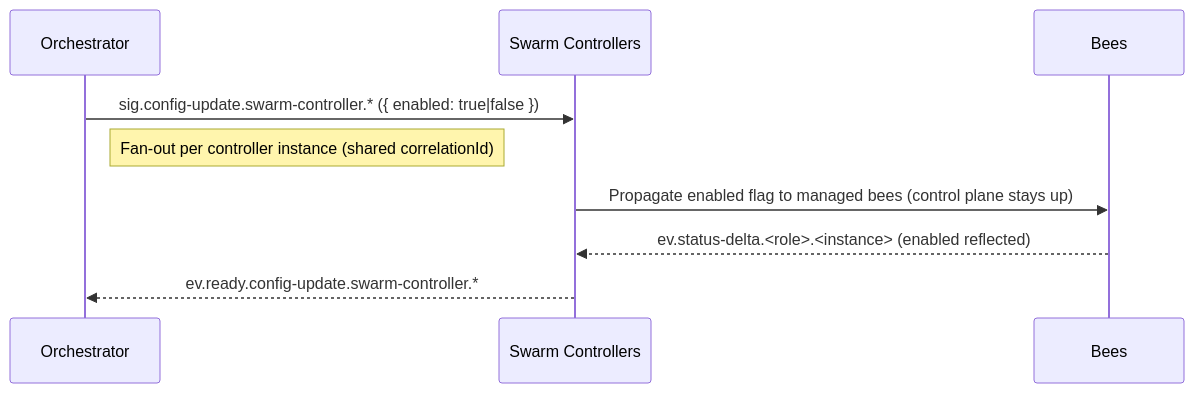
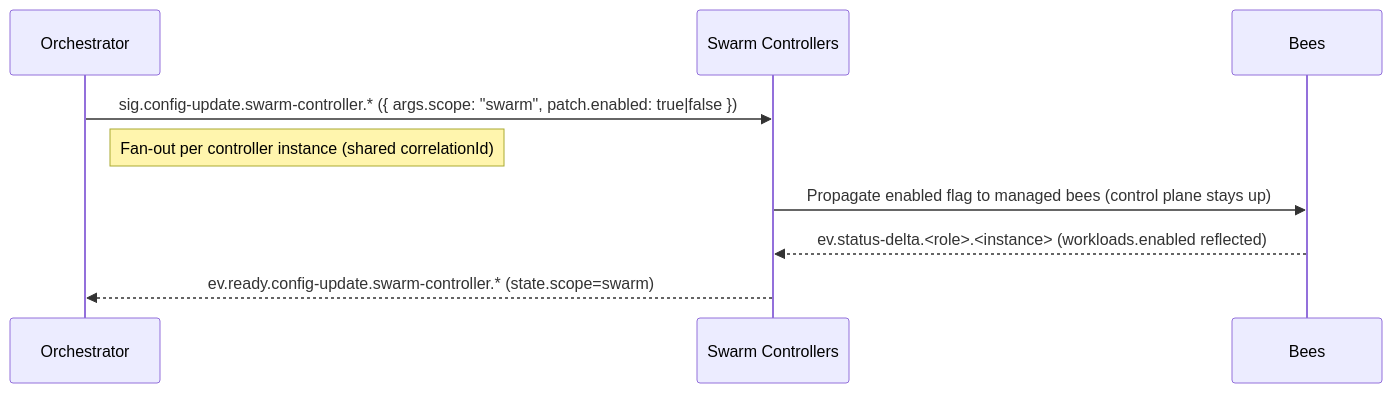
The fourth of 8 diagrams in docs/ARCHITECTURE.md (sepa79/PocketHive), drawn with Mermaid before and after one commit. The commit also changed other lines of this file and 2 other files, not shown here.

Commit message:
docs: document controller toggle scopes

````diff
--- a/docs/ARCHITECTURE.md
+++ b/docs/ARCHITECTURE.md
@@ -185,12 +187,12 @@
 ```mermaid
 sequenceDiagram
   participant QN as Orchestrator
   participant MSH as Swarm Controllers
   participant CMP as Bees
 
-  QN->>MSH: sig.config-update.swarm-controller.* ({ enabled: true|false })
+  QN->>MSH: sig.config-update.swarm-controller.* ({ args.scope: "swarm", patch.enabled: true|false })
   note right of QN: Fan-out per controller instance (shared correlationId)
   MSH->>CMP: Propagate enabled flag to managed bees (control plane stays up)
-  CMP-->>MSH: ev.status-delta.<role>.<instance> (enabled reflected)
-  MSH-->>QN: ev.ready.config-update.swarm-controller.*
+  CMP-->>MSH: ev.status-delta.<role>.<instance> (workloads.enabled reflected)
+  MSH-->>QN: ev.ready.config-update.swarm-controller.* (state.scope=swarm)
 ```
````
